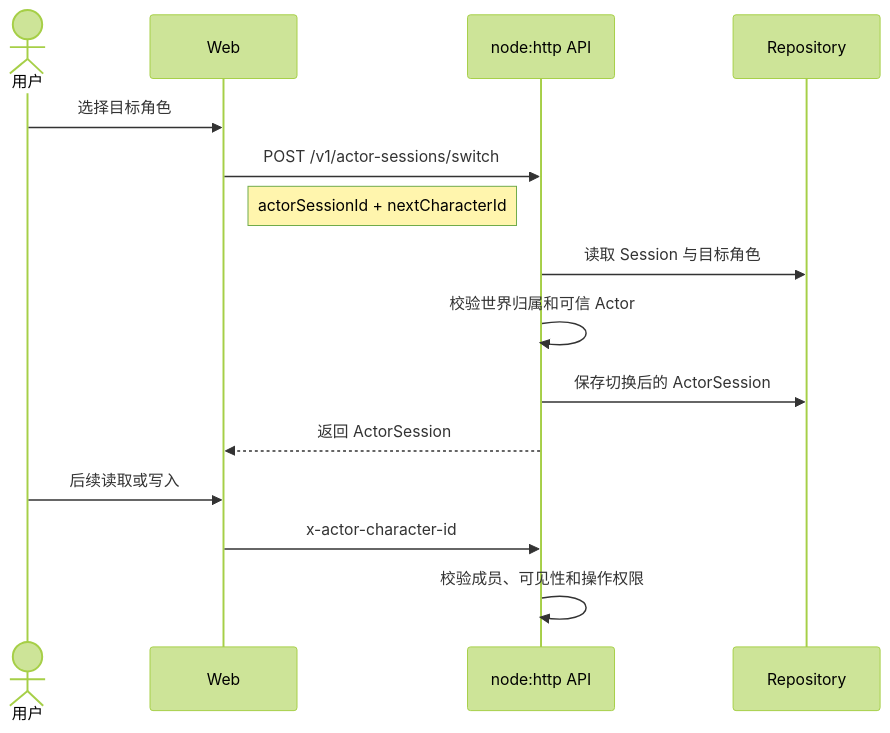
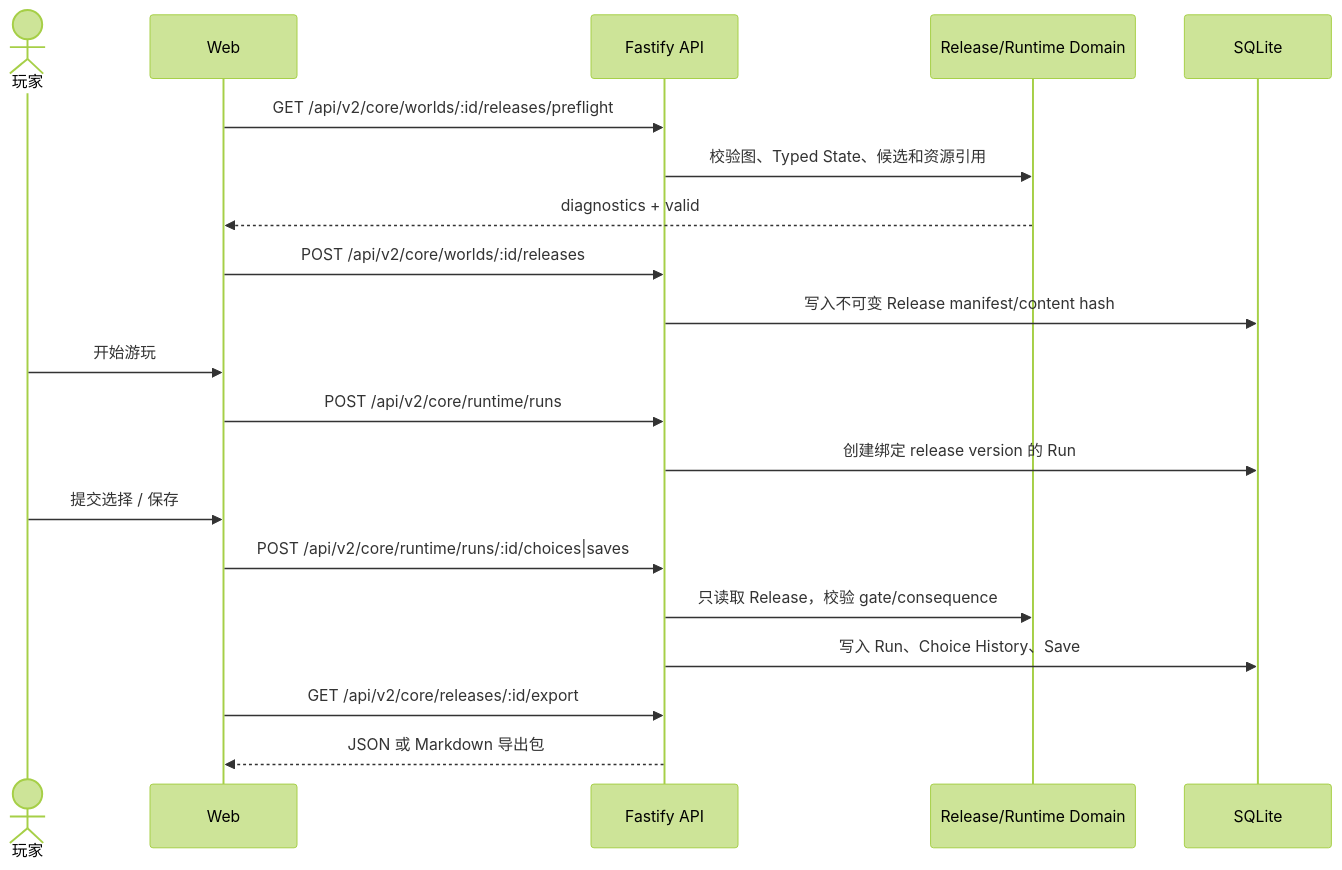
Before and after one commit to lark-x/GameStart: the fourth of 4 diagrams in docs/user-flows.md, drawn with Mermaid (forest theme). The commit also changed other lines of this file and 122 other files, not shown here.

````diff
--- a/docs/user-flows.md
+++ b/docs/user-flows.md
@@ -100,19 +83,23 @@
 ```mermaid
 sequenceDiagram
-    actor User as 用户
+    actor Player as 玩家
     participant Web as Web
-    participant API as node:http API
-    participant DB as Repository
+    participant API as Fastify API
+    participant Domain as Release/Runtime Domain
+    participant DB as SQLite
 
-    User->>Web: 选择目标角色
-    Web->>API: POST /v1/actor-sessions/switch
-    Note right of Web: actorSessionId + nextCharacterId
-    API->>DB: 读取 Session 与目标角色
-    API->>API: 校验世界归属和可信 Actor
-    API->>DB: 保存切换后的 ActorSession
-    API-->>Web: 返回 ActorSession
-
-    User->>Web: 后续读取或写入
-    Web->>API: x-actor-character-id
-    API->>API: 校验成员、可见性和操作权限
+    Web->>API: GET /api/v2/core/worlds/:id/releases/preflight
+    API->>Domain: 校验图、Typed State、候选和资源引用
+    Domain-->>Web: diagnostics + valid
+    Web->>API: POST /api/v2/core/worlds/:id/releases
+    API->>DB: 写入不可变 Release manifest/content hash
+    Player->>Web: 开始游玩
+    Web->>API: POST /api/v2/core/runtime/runs
+    API->>DB: 创建绑定 release version 的 Run
+    Player->>Web: 提交选择 / 保存
+    Web->>API: POST /api/v2/core/runtime/runs/:id/choices|saves
+    API->>Domain: 只读取 Release，校验 gate/consequence
+    API->>DB: 写入 Run、Choice History、Save
+    Web->>API: GET /api/v2/core/releases/:id/export
+    API-->>Web: JSON 或 Markdown 导出包
 ```
````
